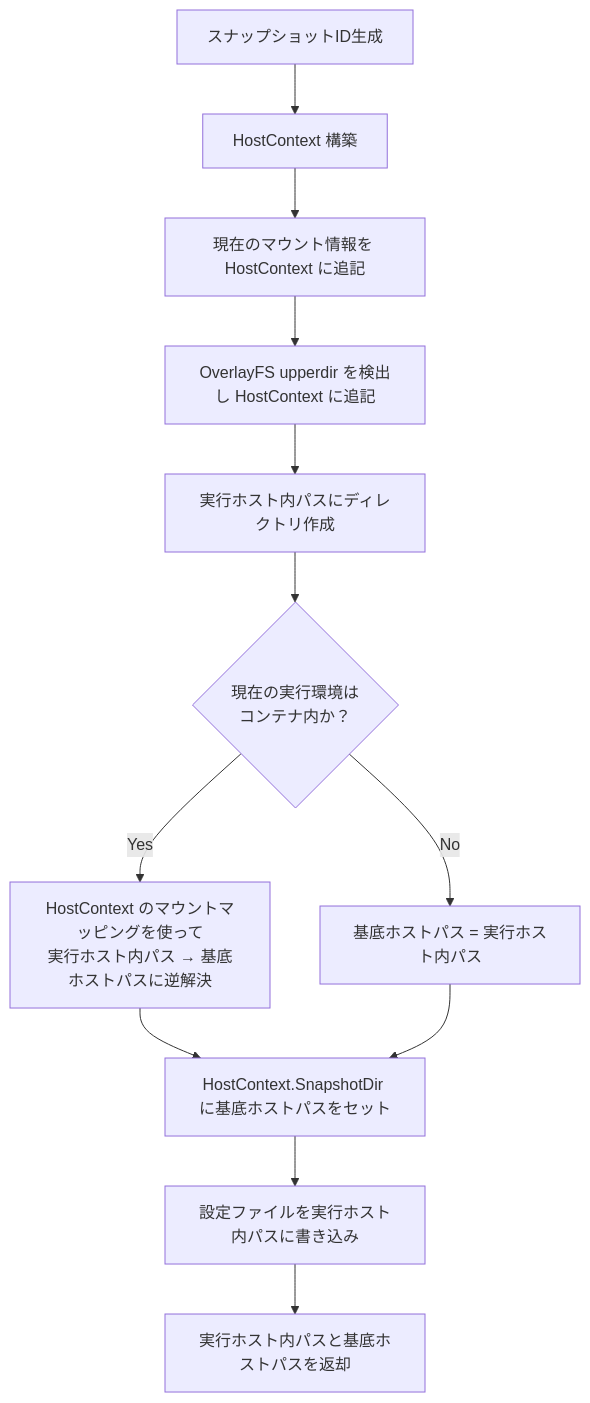
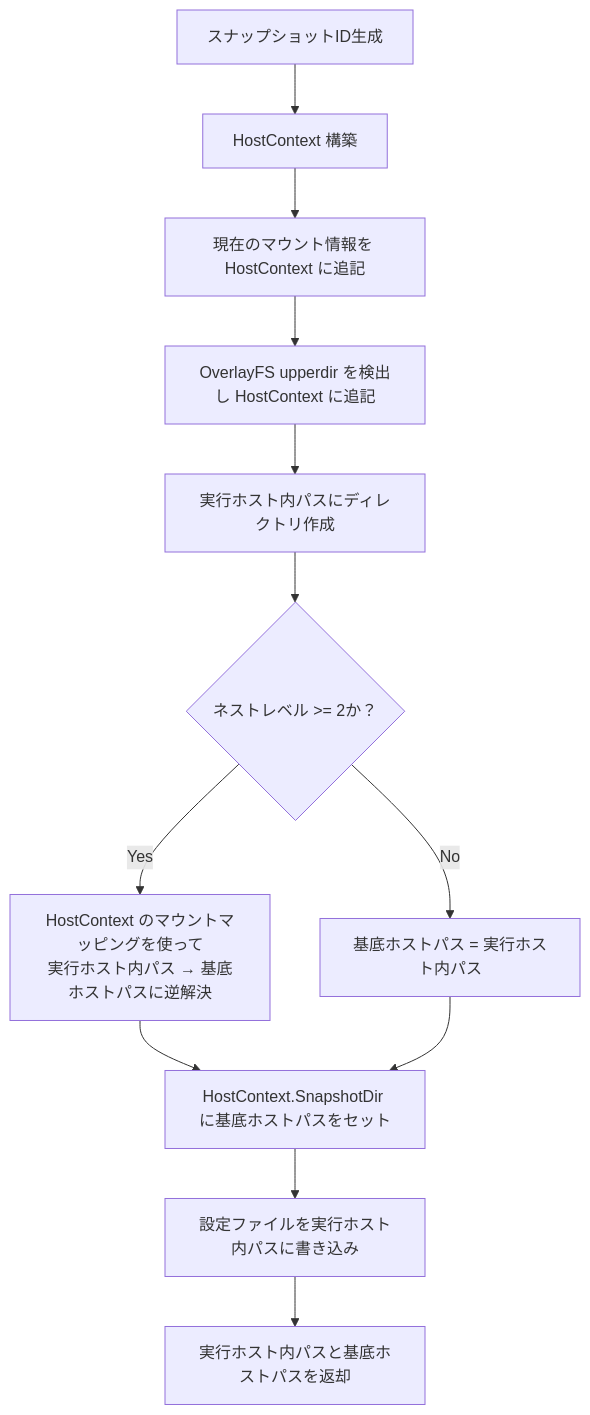
One commit to Tei1988/cderun changed the diagram in docs/features/nested-execution.md. Above: the diagram before and after it, drawn with Mermaid. The commit also changed other lines of this file, not shown here.

````diff
--- a/docs/features/nested-execution.md
+++ b/docs/features/nested-execution.md
@@ -41,14 +41,14 @@
 ```mermaid
 flowchart TD
     A[スナップショットID生成] --> B[HostContext 構築]
     B --> C[現在のマウント情報を HostContext に追記]
     C --> D[OverlayFS upperdir を検出し HostContext に追記]
     D --> E[実行ホスト内パスにディレクトリ作成]
-    E --> F{現在の実行環境は\nコンテナ内か？}
+    E --> F{ネストレベル >= 2か？}
     F -- Yes --> G[HostContext のマウントマッピングを使って\n実行ホスト内パス → 基底ホストパスに逆解決]
     F -- No --> H[基底ホストパス = 実行ホスト内パス]
     G --> I[HostContext.SnapshotDir に基底ホストパスをセット]
     H --> I
     I --> J[設定ファイルを実行ホスト内パスに書き込み]
     J --> K[実行ホスト内パスと基底ホストパスを返却]
 ```
````
